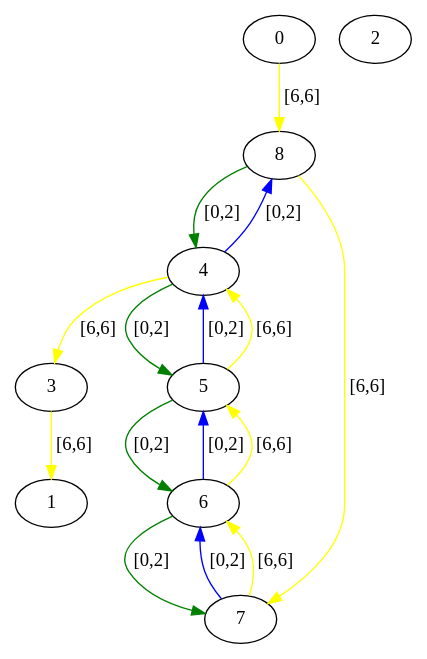
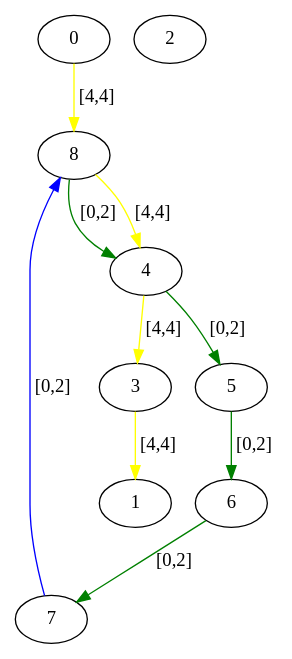
The diagram in src/assignedGraphs/assigned.dot (Hebbe1234/ExpectAll), drawn with Graphviz before and after one commit. The commit also changed 2 other files, not shown here.

```diff
--- a/src/assignedGraphs/assigned.dot
+++ b/src/assignedGraphs/assigned.dot
@@ -1,26 +1,20 @@
 digraph  {
 0 [Country="United States", Internal=1, Latitude="42.37843", Longitude="-71.11644", id=0, label=0];
 1 [Country="United States", Internal=1, Latitude="37.45383", Longitude="-122.18219", id=1, label=1];
 2 [Country="United States", Internal=1, Latitude="34.42083", Longitude="-119.69819", id=2, label=2];
 3 [Country="United States", Internal=1, Latitude="34.05223", Longitude="-118.24368", id=3, label=3];
 4 [Country="United States", Internal=1, Latitude="34.01945", Longitude="-118.49119", id=4, label=4];
 5 [Country="United States", Internal=1, Latitude="34.01945", Longitude="-118.49119", id=5, label=5];
 6 [Country="United States", Internal=1, Latitude="40.76078", Longitude="-111.89105", id=6, label=6];
 7 [Country="United States", Internal=1, Latitude="42.35954", Longitude="-71.09172", id=7, label=7];
 8 [Country="United States", Internal=1, Latitude="42.3751", Longitude="-71.10561", id=8, label=8];
-0 -> 8  [color=yellow, key=0, label="[6,6]"];
-3 -> 1  [color=yellow, key=0, label="[6,6]"];
-4 -> 8  [color=blue, key=0, label="[0,2]"];
+0 -> 8  [color=yellow, key=0, label="[4,4]"];
+3 -> 1  [color=yellow, key=0, label="[4,4]"];
 4 -> 5  [color=green, key=0, label="[0,2]"];
-4 -> 3  [color=yellow, key=0, label="[6,6]"];
-5 -> 4  [color=blue, key=0, label="[0,2]"];
-5 -> 4  [color=yellow, key=1, label="[6,6]"];
+4 -> 3  [color=yellow, key=0, label="[4,4]"];
 5 -> 6  [color=green, key=0, label="[0,2]"];
-6 -> 5  [color=blue, key=0, label="[0,2]"];
-6 -> 5  [color=yellow, key=1, label="[6,6]"];
 6 -> 7  [color=green, key=0, label="[0,2]"];
-7 -> 6  [color=blue, key=0, label="[0,2]"];
-7 -> 6  [color=yellow, key=1, label="[6,6]"];
+7 -> 8  [color=blue, key=0, label="[0,2]"];
 8 -> 4  [color=green, key=0, label="[0,2]"];
-8 -> 7  [color=yellow, key=0, label="[6,6]"];
+8 -> 4  [color=yellow, key=1, label="[4,4]"];
 }
```
